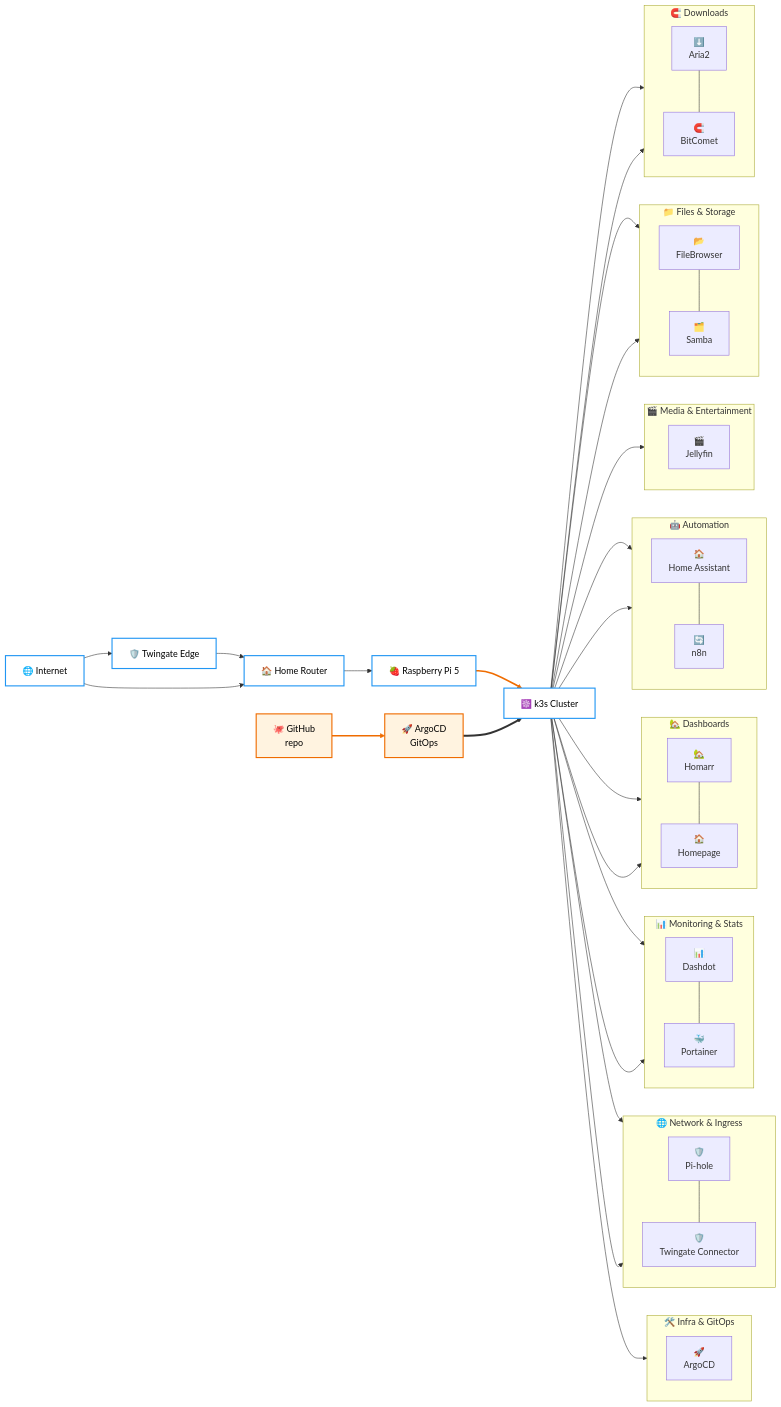
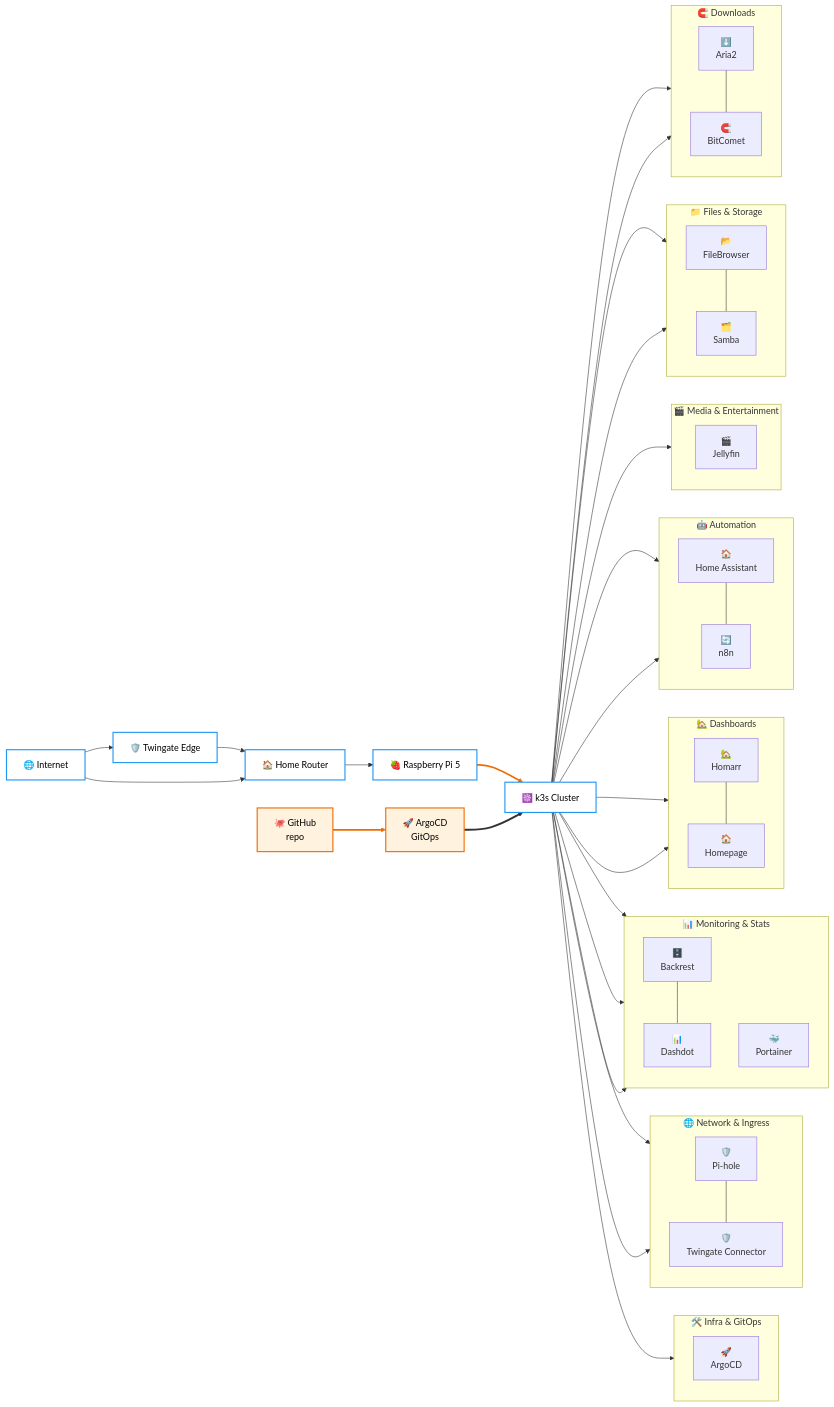
The diagram in k3s/README.md (Thre4dripper/Home-Server-Lab), drawn with Mermaid before and after one commit. The commit also changed other lines of this file and 2 other files, not shown here.

Commit message:
🤖 🏠 Auto-update READMEs
Auto-generated from updated service metadata.

```diff
--- a/k3s/README.md
+++ b/k3s/README.md
@@ -109,10 +109,12 @@
 
     subgraph MonitoringStats["📊 Monitoring & Stats"]
         direction TB
+        backrest[🗄️<br/>Backrest]
         dashdot[📊<br/>Dashdot]
         portainer[🐳<br/>Portainer]
-        dashdot --- portainer
+        backrest --- dashdot
     end
+    K3s --> backrest
     K3s --> dashdot
     K3s --> portainer
 
```
